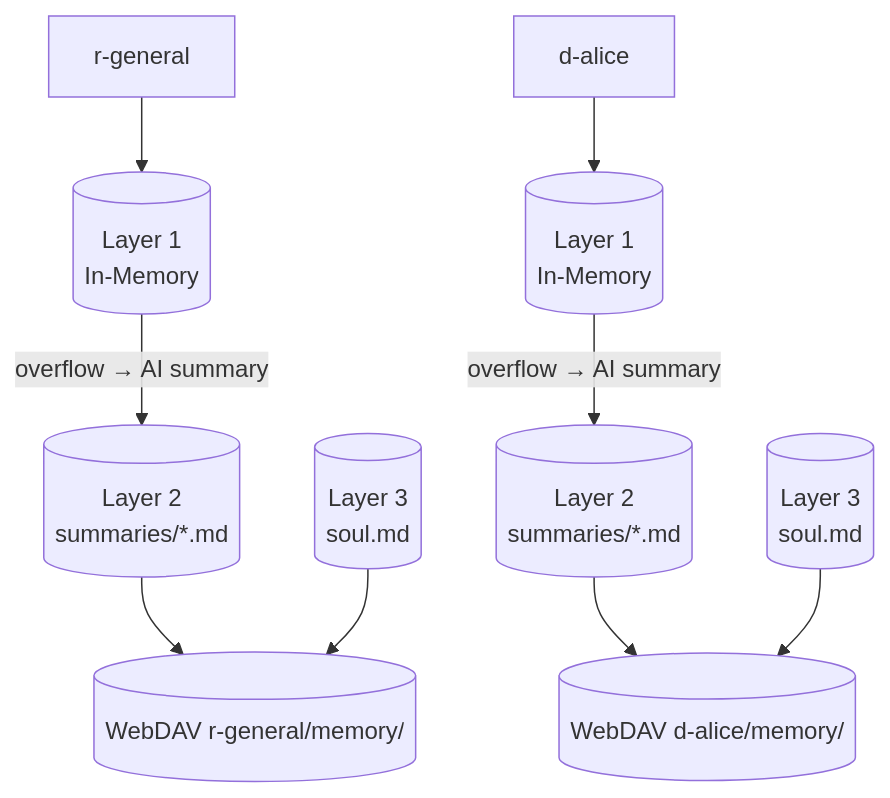
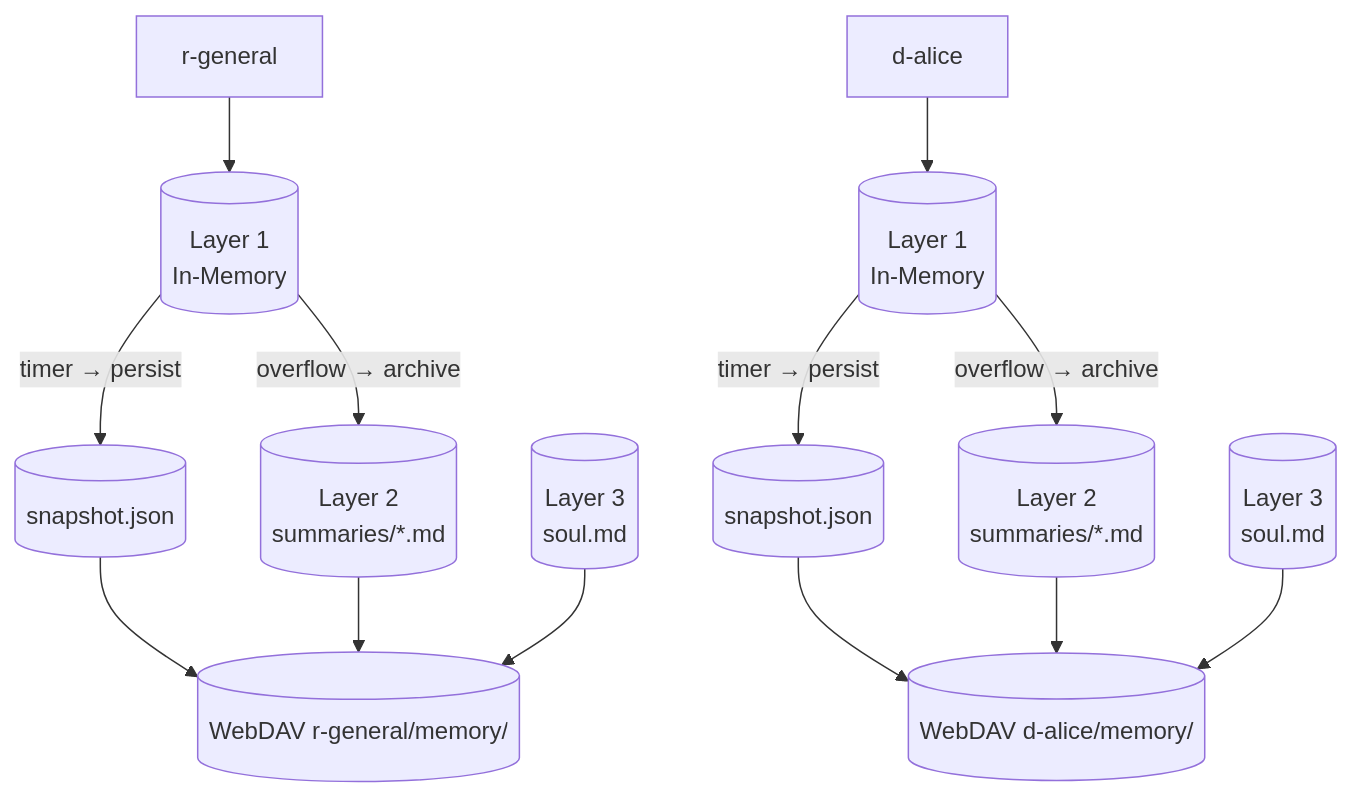
The seventh of 7 diagrams in _dfds/base/memory.md (cosmoswafer/rockbot), drawn with Mermaid before and after one commit. The commit also changed other lines of this file and 3 other files, not shown here.

Commit message:
dfd: refactor memory management DFD — split retrieve/archive/persist flows, add snapshot-based crash recovery

````diff
--- a/_dfds/base/memory.md
+++ b/_dfds/base/memory.md
@@ -182,22 +214,28 @@
 ```mermaid
 flowchart TD
     ROOM_A["r-general"]
     ROOM_B["d-alice"]
     DAV_A[(WebDAV r-general/memory/)]
     DAV_B[(WebDAV d-alice/memory/)]
     L1_A[(Layer 1<br/>In-Memory)]
     L1_B[(Layer 1<br/>In-Memory)]
+    SNAP_A[(snapshot.json)]
+    SNAP_B[(snapshot.json)]
     L2_A[(Layer 2<br/>summaries/*.md)]
     L2_B[(Layer 2<br/>summaries/*.md)]
     L3_A[(Layer 3<br/>soul.md)]
     L3_B[(Layer 3<br/>soul.md)]
 
     ROOM_A --> L1_A
     ROOM_B --> L1_B
-    L1_A -->|"overflow → AI summary"| L2_A
-    L1_B -->|"overflow → AI summary"| L2_B
+    L1_A -->|"overflow → archive"| L2_A
+    L1_B -->|"overflow → archive"| L2_B
+    L1_A -->|"timer → persist"| SNAP_A
+    L1_B -->|"timer → persist"| SNAP_B
+    SNAP_A --> DAV_A
+    SNAP_B --> DAV_B
     L2_A --> DAV_A
     L2_B --> DAV_B
     L3_A --> DAV_A
     L3_B --> DAV_B
 ```
````
